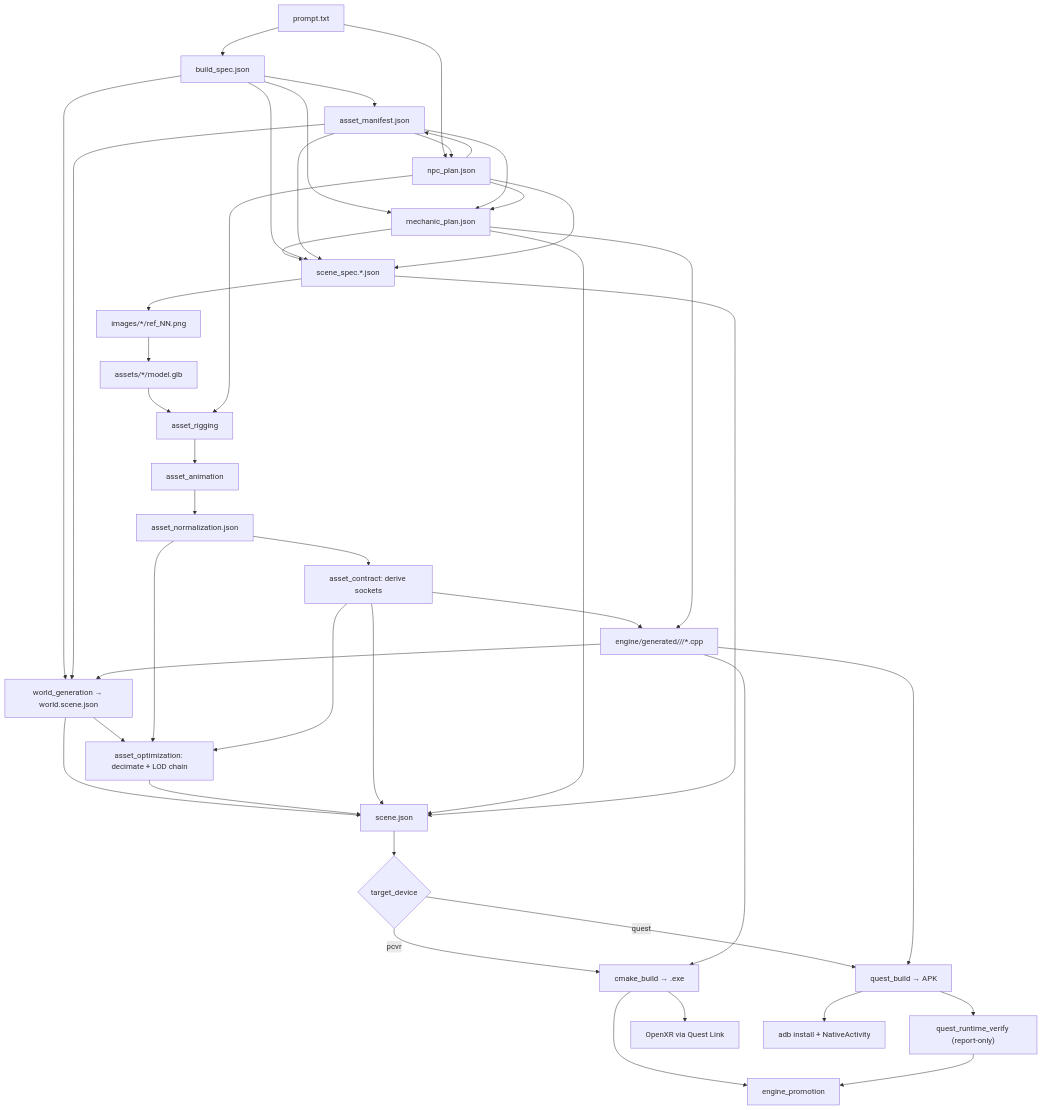
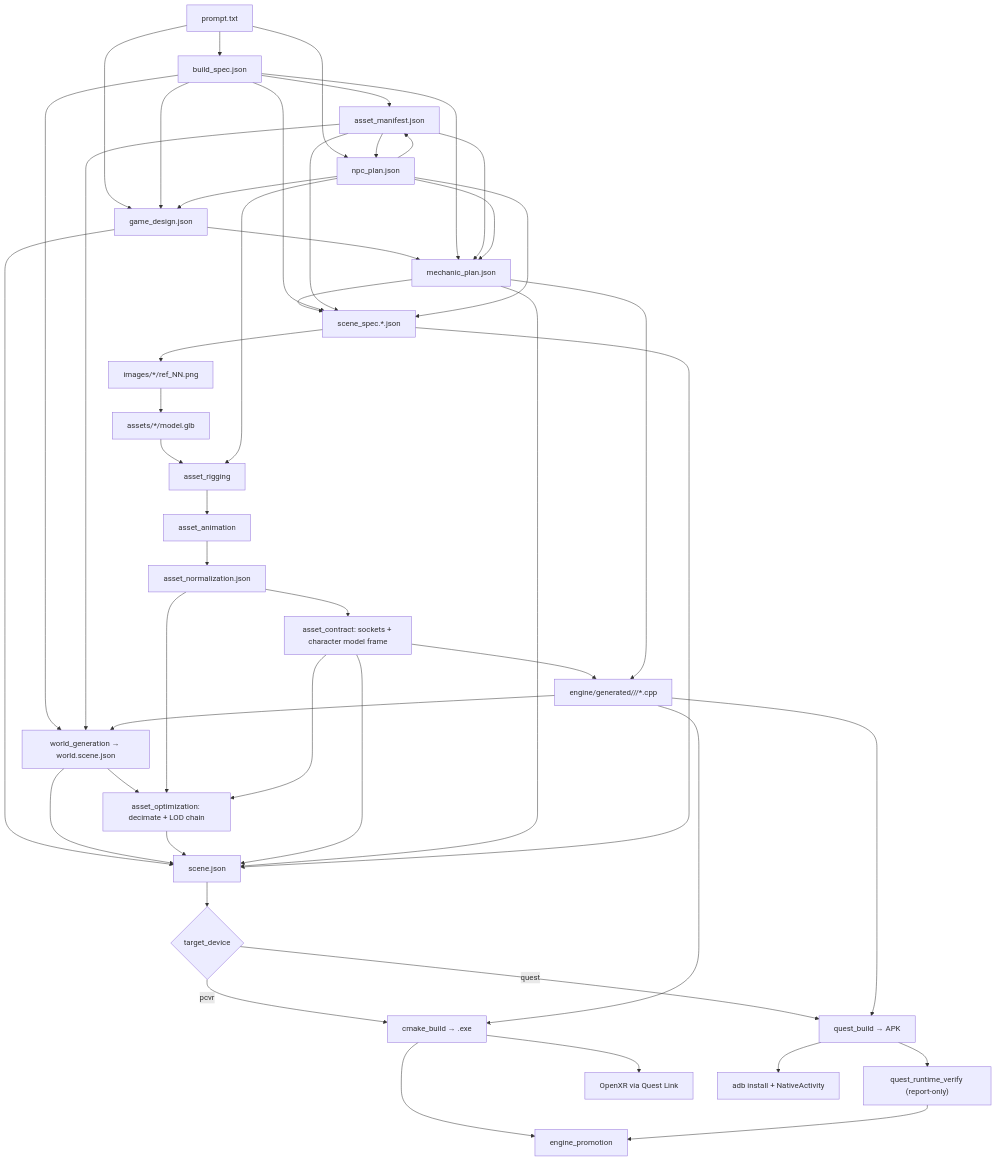
The diagram in docs/architecture.md (FriimanTech/Prompt-To-VR), drawn with Mermaid before and after one commit. The commit also changed other lines of this file and 94 other files, not shown here.

Commit message:
Full NPC Spawing,variety and behavior update to make sure NPCs actually spawn in the VR Game Update 3 (New NPC Plan: Grounding)

````diff
--- a/docs/architecture.md
+++ b/docs/architecture.md
@@ -46,45 +46,50 @@
 ```mermaid
 flowchart TD
   Prompt[prompt.txt] --> BuildSpec[build_spec.json]
   BuildSpec --> AssetManifest[asset_manifest.json]
   Prompt --> NpcPlan[npc_plan.json]
   AssetManifest --> NpcPlan
   NpcPlan --> AssetManifest
+  Prompt --> GameDesign[game_design.json]
+  BuildSpec --> GameDesign
+  NpcPlan --> GameDesign
+  GameDesign --> MechanicPlan
+  GameDesign --> SceneCompile
   BuildSpec --> MechanicPlan[mechanic_plan.json]
   AssetManifest --> MechanicPlan
   NpcPlan --> MechanicPlan
   MechanicPlan --> SceneSpec[scene_spec.*.json]
   BuildSpec --> SceneSpec
   AssetManifest --> SceneSpec
   NpcPlan --> SceneSpec
   SceneSpec --> Refs[images/*/ref_NN.png]
   Refs --> Tripo[assets/*/model.glb]
   Tripo --> Rigging[asset_rigging]
   Rigging --> Animation[asset_animation]
   Animation --> Normalize[asset_normalization.json]
   NpcPlan --> Rigging
-  Normalize --> Contract["asset_contract: derive sockets"]
+  Normalize --> Contract["asset_contract: sockets + character model frame"]
   Contract --> CppGen
   MechanicPlan --> CppGen["engine/generated/<kind>/<project_id>/*.cpp"]
   BuildSpec --> WorldGen
   AssetManifest --> WorldGen
   CppGen --> WorldGen[world_generation → world.scene.json]
   WorldGen --> Optimize["asset_optimization: decimate + LOD chain"]
   Normalize --> Optimize
   Contract --> Optimize
   WorldGen --> SceneCompile[scene.json]
   Optimize --> SceneCompile
   Contract --> SceneCompile
   MechanicPlan --> SceneCompile
   SceneSpec --> SceneCompile
   SceneCompile --> BuildTail{target_device}
   BuildTail -->|pcvr| CMake[cmake_build → .exe]
   BuildTail -->|quest| QuestApk[quest_build → APK]
   CppGen --> CMake
   CppGen --> QuestApk
   CMake --> Promote[engine_promotion]
   QuestApk --> QuestVerify["quest_runtime_verify (report-only)"]
   QuestVerify --> Promote
   CMake --> Launch[OpenXR via Quest Link]
   QuestApk --> AdbLaunch[adb install + NativeActivity]
 ```
````
